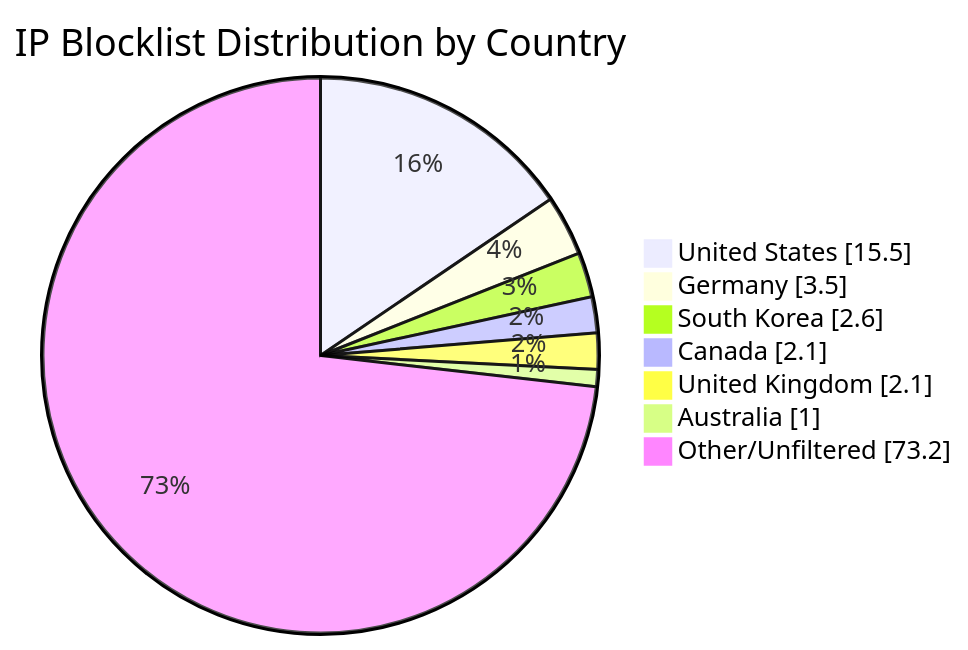
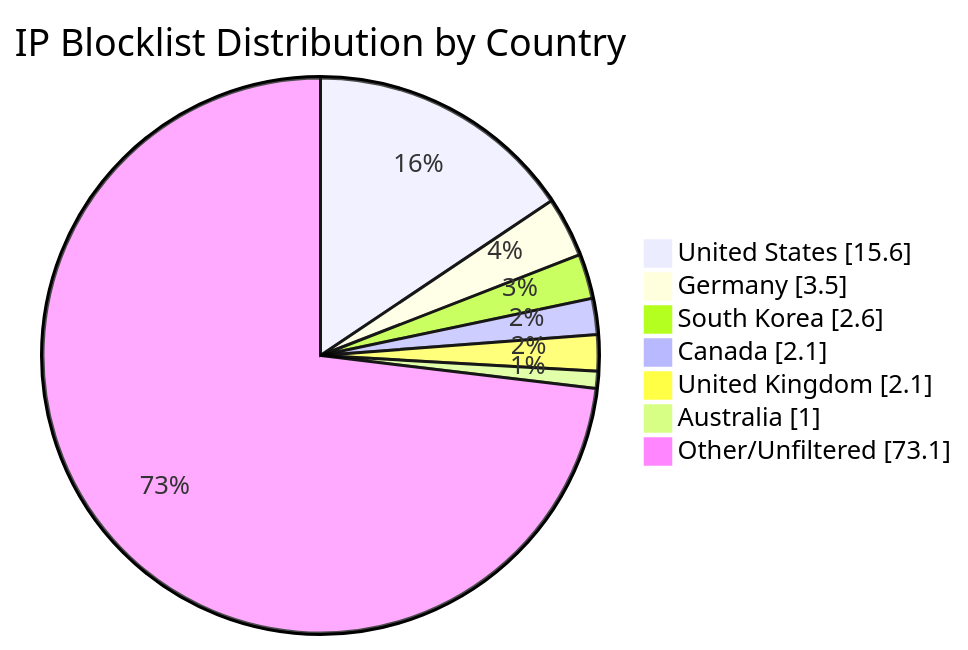
One commit to MarcusHoltz/ipblocklist-geofiltered-aggregator changed the diagram in README.md. Above: the diagram before and after it, drawn with Mermaid. The commit also changed other lines of this file and 9 other files, not shown here.

````diff
--- a/README.md
+++ b/README.md
@@ -34,10 +34,10 @@
 ```mermaid
 pie showData title IP Blocklist Distribution by Country
-"United States" : 15.5
+"United States" : 15.6
 "Germany" : 3.5
 "South Korea" : 2.6
 "Canada" : 2.1
 "United Kingdom" : 2.1
 "Australia" : 1.0
-"Other/Unfiltered" : 73.2
+"Other/Unfiltered" : 73.1
 ```
````
